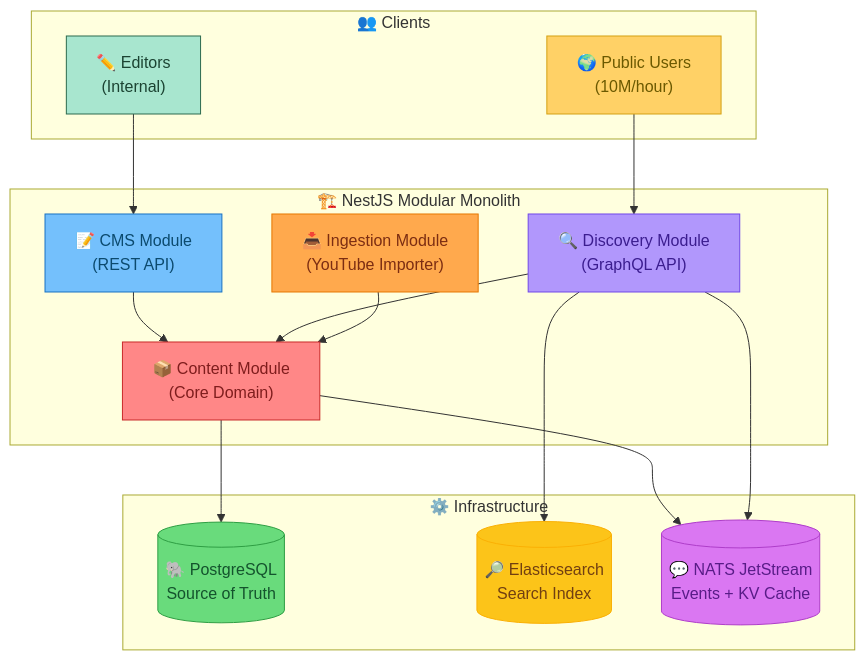
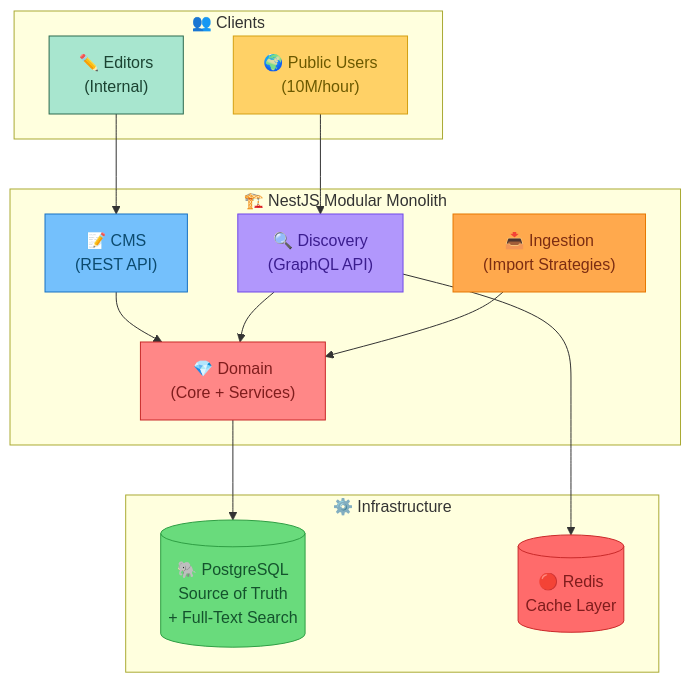
One commit to mmed199/thmanyah-cms changed the first of 7 diagrams in docs/design.md. Above: the diagram before and after it, drawn with Mermaid. The commit also changed other lines of this file and 40 other files, not shown here.

````diff
--- a/docs/design.md
+++ b/docs/design.md
@@ -45,42 +48,38 @@
 ```mermaid
 flowchart TB
     subgraph Clients["👥 Clients"]
         Editors["✏️ Editors<br>(Internal)"]
         Users["🌍 Public Users<br>(10M/hour)"]
     end
 
     subgraph Application["🏗️ NestJS Modular Monolith"]
-        CMS["📝 CMS Module<br>(REST API)"]
-        Discovery["🔍 Discovery Module<br>(GraphQL API)"]
-        Content["📦 Content Module<br>(Core Domain)"]
-        Ingestion["📥 Ingestion Module<br>(YouTube Importer)"]
+        CMS["📝 CMS<br>(REST API)"]
+        Discovery["🔍 Discovery<br>(GraphQL API)"]
+        Domain["💎 Domain<br>(Core + Services)"]
+        Ingestion["📥 Ingestion<br>(Import Strategies)"]
     end
 
     subgraph Infrastructure["⚙️ Infrastructure"]
-        PG[("🐘 PostgreSQL<br>Source of Truth")]
-        ES[("🔎 Elasticsearch<br>Search Index")]
-        NATS[("💬 NATS JetStream<br>Events + KV Cache")]
+        PG[("🐘 PostgreSQL<br>Source of Truth<br>+ Full-Text Search")]
+        Redis[("🔴 Redis<br>Cache Layer")]
     end
 
     Editors --> CMS
     Users --> Discovery
-    
-    CMS --> Content
-    Discovery --> Content
-    Ingestion --> Content
-    
-    Content --> PG
-    Content --> NATS
-    Discovery --> ES
-    Discovery --> NATS
+
+    CMS --> Domain
+    Discovery --> Domain
+    Ingestion --> Domain
+
+    Domain --> PG
+    Discovery --> Redis
 
     style Editors fill:#a8e6cf,stroke:#2d6a4f,color:#1b4332
     style Users fill:#ffd166,stroke:#d4a012,color:#6b5900
     style CMS fill:#74c0fc,stroke:#1971c2,color:#0c4a6e
     style Discovery fill:#b197fc,stroke:#7048e8,color:#3b1d8f
-    style Content fill:#ff8787,stroke:#c92a2a,color:#7f1d1d
+    style Domain fill:#ff8787,stroke:#c92a2a,color:#7f1d1d
     style Ingestion fill:#ffa94d,stroke:#e67700,color:#7c2d12
     style PG fill:#69db7c,stroke:#2f9e44,color:#14532d
-    style ES fill:#fcc419,stroke:#fab005,color:#713f12
-    style NATS fill:#da77f2,stroke:#ae3ec9,color:#581c87
+    style Redis fill:#ff6b6b,stroke:#c92a2a,color:#7f1d1d
 ```
````
